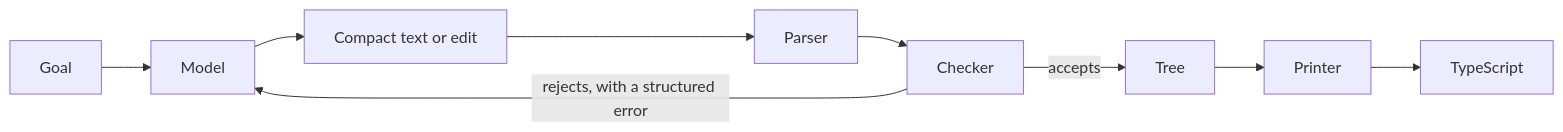
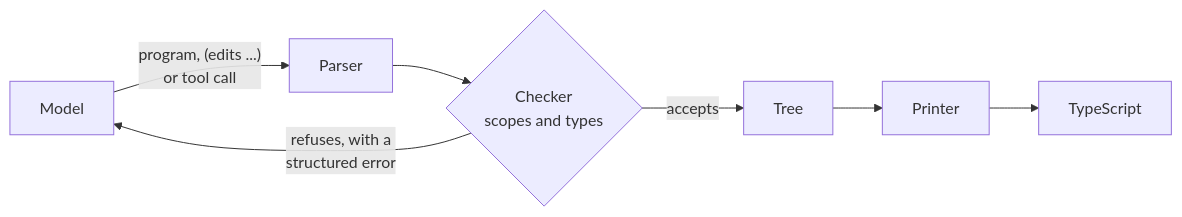
Before and after one commit to R4F405/Nodast: the diagram in README.md, drawn with Mermaid. The commit also changed other lines of this file and 1 other file, not shown here.

````diff
--- a/README.md
+++ b/README.md
@@ -56,11 +80,9 @@
 ```mermaid
 flowchart LR
-  goal[Goal] --> model[Model]
-  model --> text[Compact text or edit]
-  text --> parser[Parser]
-  parser --> checker[Checker]
-  checker -->|accepts| tree[Tree]
-  tree --> printer[Printer]
-  printer --> ts[TypeScript]
-  checker -->|rejects, with a structured error| model
+  model["Model"] -- "program, (edits ...)<br/>or tool call" --> parser["Parser"]
+  parser --> checker{"Checker<br/>scopes and types"}
+  checker -- "accepts" --> tree["Tree"]
+  tree --> printer["Printer"]
+  printer --> ts["TypeScript"]
+  checker -- "refuses, with a<br/>structured error" --> model
 ```
````
